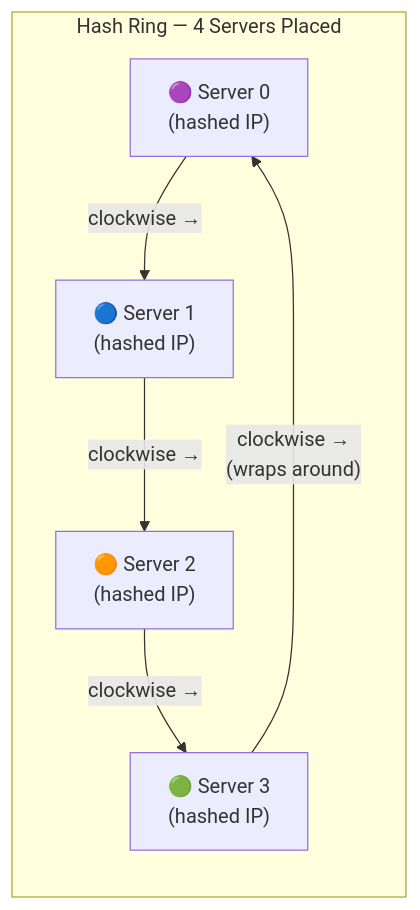
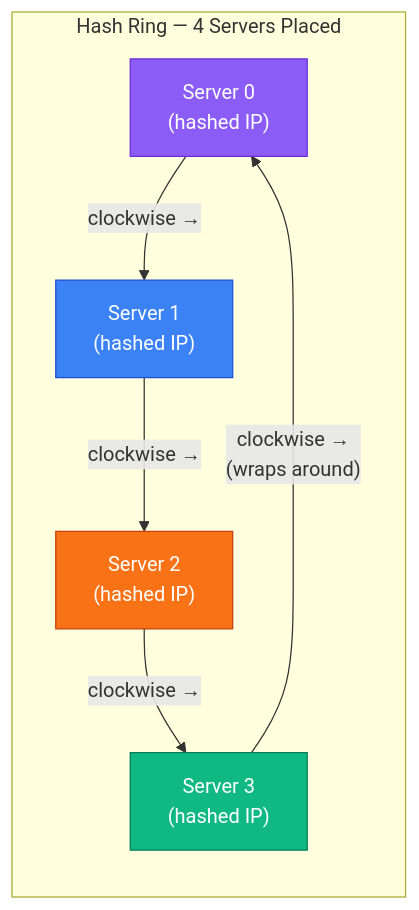
The fourth of 23 diagrams in content/posts/2026/design-consistent-hashing.md (devops-monk/system-design-blog), drawn with Mermaid before and after one commit. The commit also changed other lines of this file and 5 other files, not shown here.

````diff
--- a/content/posts/2026/design-consistent-hashing.md
+++ b/content/posts/2026/design-consistent-hashing.md
@@ -158,14 +158,18 @@
 ```mermaid
 graph LR
     subgraph RING["Hash Ring — 4 Servers Placed"]
-        S0["🟣 Server 0\n(hashed IP)"]
-        S1["🔵 Server 1\n(hashed IP)"]
-        S2["🟠 Server 2\n(hashed IP)"]
-        S3["🟢 Server 3\n(hashed IP)"]
+        S0["Server 0\n(hashed IP)"]
+        S1["Server 1\n(hashed IP)"]
+        S2["Server 2\n(hashed IP)"]
+        S3["Server 3\n(hashed IP)"]
 
         S0 -->|"clockwise →"| S1
         S1 -->|"clockwise →"| S2
         S2 -->|"clockwise →"| S3
         S3 -->|"clockwise →\n(wraps around)"| S0
     end
+    style S0 fill:#8B5CF6,stroke:#6D28D9,color:#fff
+    style S1 fill:#3B82F6,stroke:#1D4ED8,color:#fff
+    style S2 fill:#F97316,stroke:#C2410C,color:#fff
+    style S3 fill:#10B981,stroke:#047857,color:#fff
 ```
````
